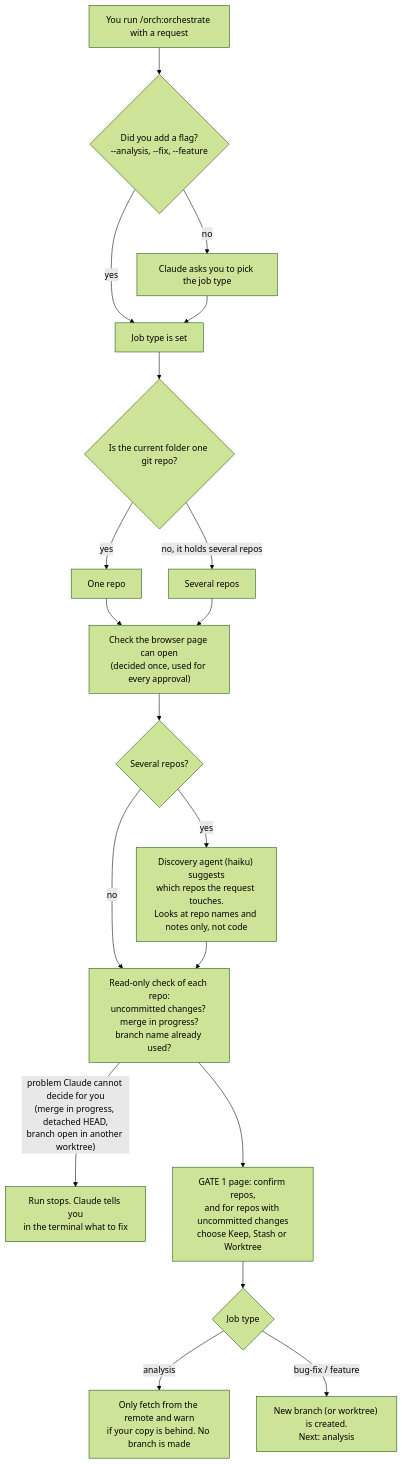
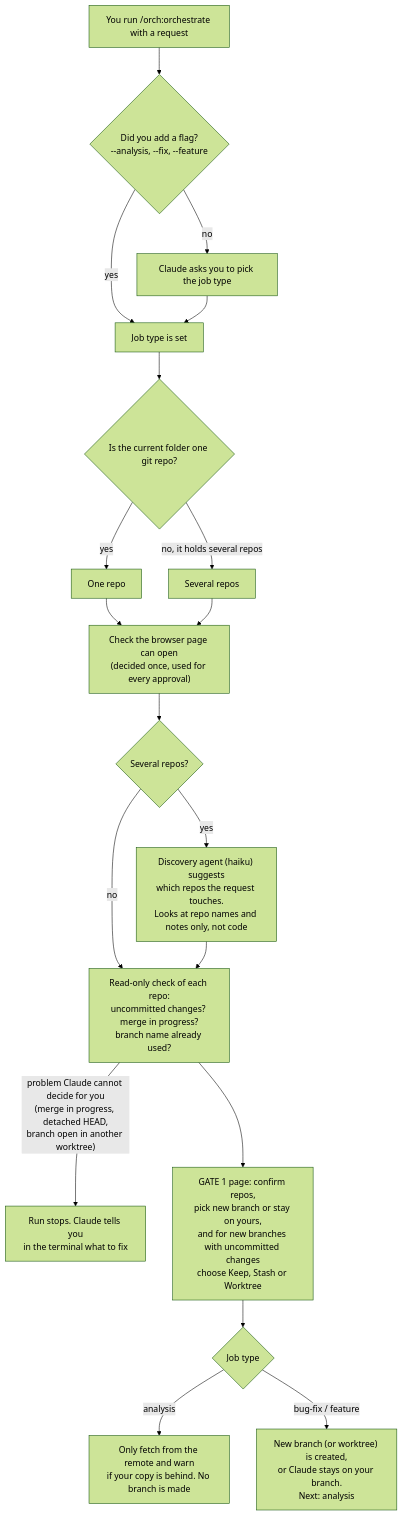
The first of 3 diagrams in README.md (jaison10/cross-repo-orchestrator), drawn with Mermaid (forest theme) before and after one commit. The commit also changed other lines of this file and 12 other files, not shown here.

````diff
--- a/README.md
+++ b/README.md
@@ -39,21 +70,21 @@
 ```mermaid
 flowchart TD
     A["You run /orch:orchestrate with a request"] --> B{"Did you add a flag?<br/>--analysis, --fix, --feature"}
     B -- "yes" --> C["Job type is set"]
     B -- "no" --> D["Claude asks you to pick the job type"]
     D --> C
     C --> E{"Is the current folder one git repo?"}
     E -- "yes" --> F["One repo"]
     E -- "no, it holds several repos" --> G["Several repos"]
     F --> H["Check the browser page can open<br/>(decided once, used for every approval)"]
     G --> H
     H --> I{"Several repos?"}
     I -- "yes" --> J["Discovery agent (haiku) suggests<br/>which repos the request touches.<br/>Looks at repo names and notes only, not code"]
     I -- "no" --> K
     J --> K["Read-only check of each repo:<br/>uncommitted changes? merge in progress?<br/>branch name already used?"]
     K -- "problem Claude cannot decide for you<br/>(merge in progress, detached HEAD,<br/>branch open in another worktree)" --> X["Run stops. Claude tells you<br/>in the terminal what to fix"]
-    K --> L["GATE 1 page: confirm repos,<br/>and for repos with uncommitted changes<br/>choose Keep, Stash or Worktree"]
+    K --> L["GATE 1 page: confirm repos,<br/>pick new branch or stay on yours,<br/>and for new branches with uncommitted changes<br/>choose Keep, Stash or Worktree"]
     L --> M{"Job type"}
     M -- "analysis" --> N["Only fetch from the remote and warn<br/>if your copy is behind. No branch is made"]
-    M -- "bug-fix / feature" --> O["New branch (or worktree) is created.<br/>Next: analysis"]
+    M -- "bug-fix / feature" --> O["New branch (or worktree) is created,<br/>or Claude stays on your branch.<br/>Next: analysis"]
 ```
````
